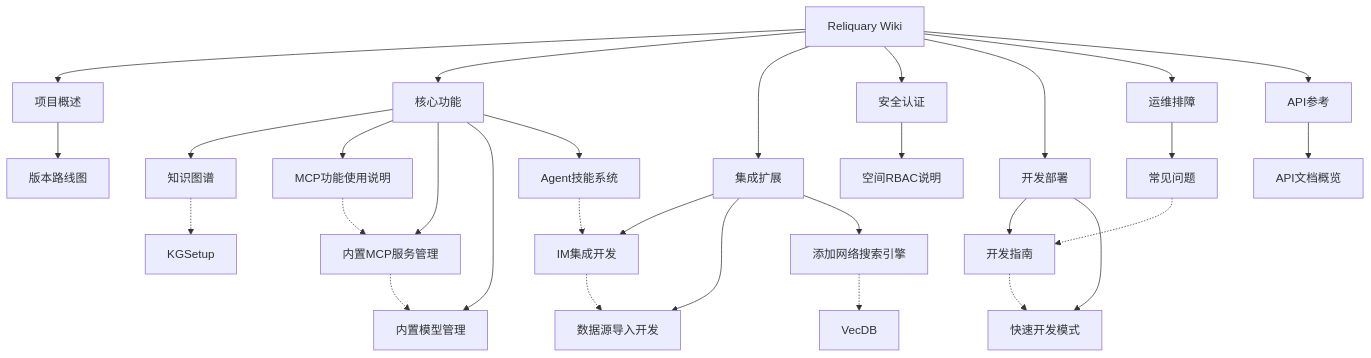
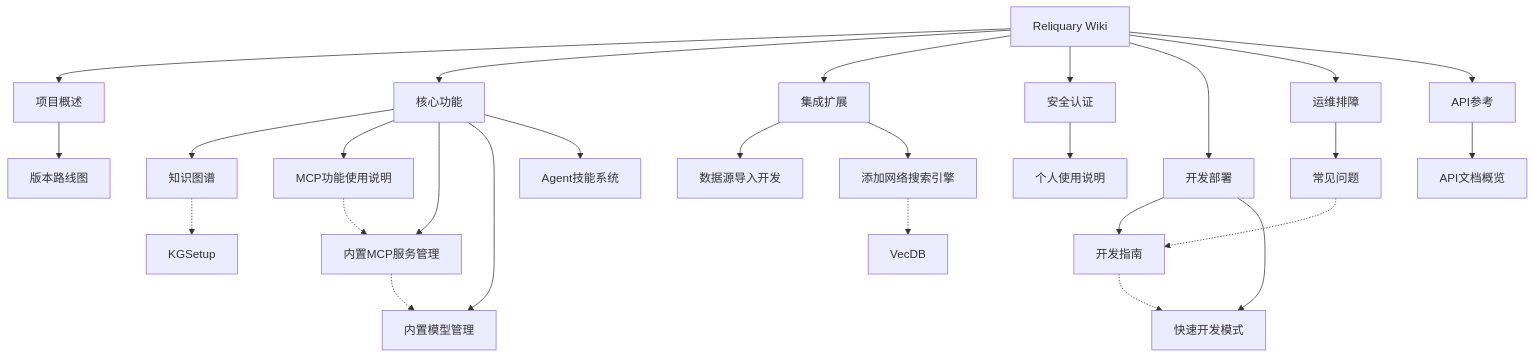
One commit to Dikui/Reliquary changed the diagram in docs/wiki/Home.md. Above: the diagram before and after it, drawn with Mermaid. The commit also changed other lines of this file and 952 other files, not shown here.

````diff
--- a/docs/wiki/Home.md
+++ b/docs/wiki/Home.md
@@ -66,41 +65,38 @@
 ```mermaid
 graph TB
     Home[Reliquary Wiki]
     Home --> 项目概述
     Home --> 核心功能
     Home --> 集成扩展
     Home --> 安全认证
     Home --> 开发部署
     Home --> 运维排障
     Home --> API参考
 
     项目概述 --> ROADMAP[版本路线图]
 
     核心功能 --> KG[知识图谱]
     核心功能 --> MCP[MCP功能使用说明]
     核心功能 --> BuiltinMCP[内置MCP服务管理]
     核心功能 --> BuiltinModel[内置模型管理]
     核心功能 --> Skills[Agent技能系统]
 
-    集成扩展 --> IM[IM集成开发]
     集成扩展 --> DS[数据源导入开发]
     集成扩展 --> WebSearch[添加网络搜索引擎]
 
-    安全认证 --> RBAC[空间RBAC说明]
+    安全认证 --> Personal[个人使用说明]
 
     开发部署 --> DevGuide[开发指南]
     开发部署 --> QuickDev[快速开发模式]
 
     运维排障 --> FAQ[常见问题]
 
     API参考 --> APIOverview[API文档概览]
 
     KG -.-> KGSetup
     MCP -.-> BuiltinMCP
     BuiltinMCP -.-> BuiltinModel
-    Skills -.-> IM
-    IM -.-> DS
     WebSearch -.-> VecDB
     DevGuide -.-> QuickDev
     FAQ -.-> DevGuide
 ```
````
